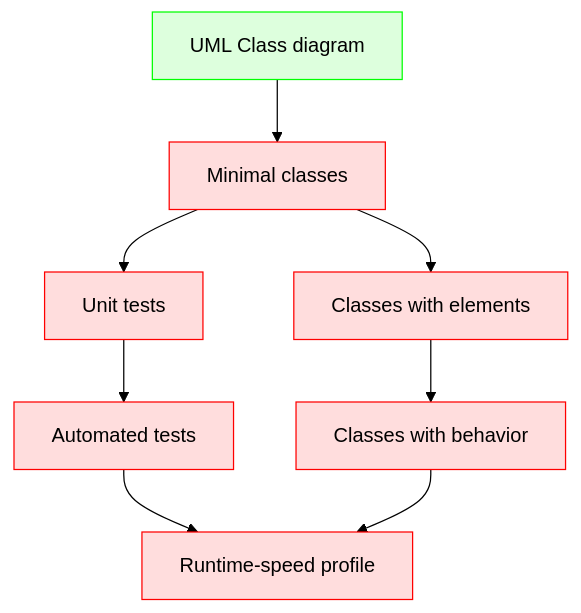
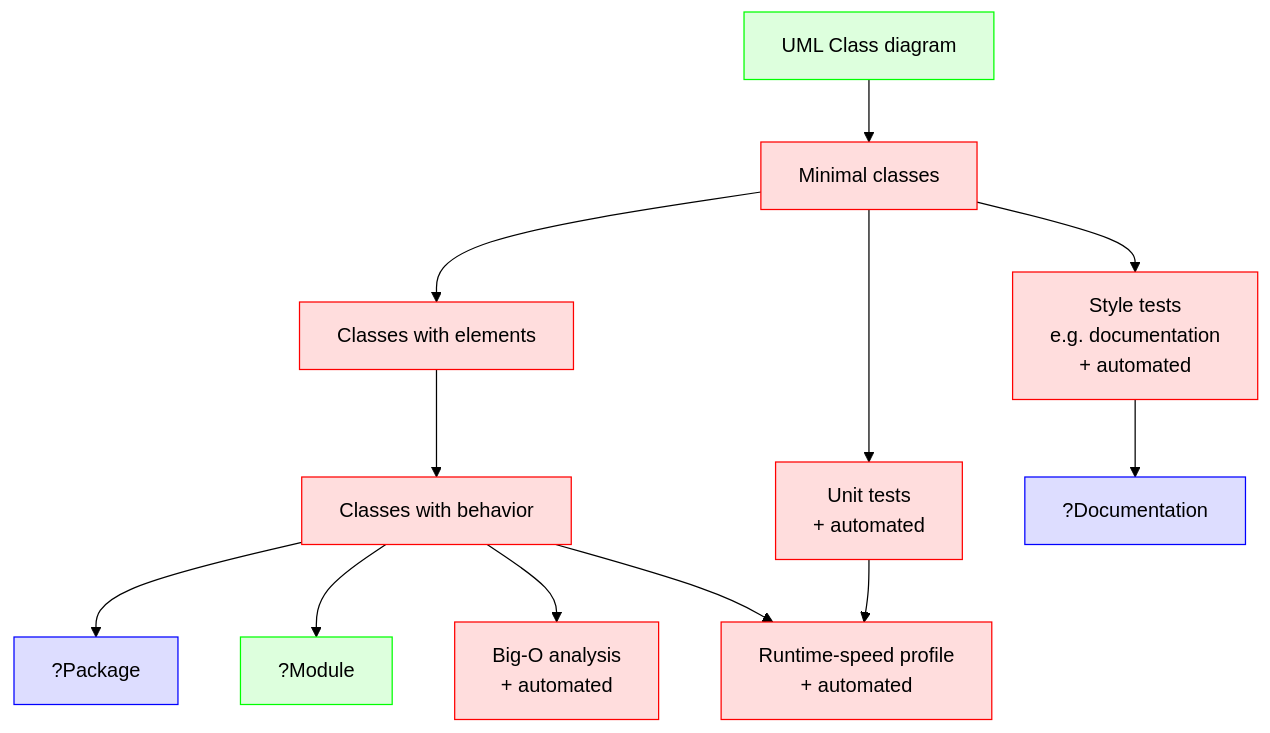
The third of 3 diagrams in docs/intro.md (UPPMAX/programming_formalisms), drawn with Mermaid (forest theme) before and after one commit.

Commit message:
Project overview, suggest to others

````diff
--- a/docs/intro.md
+++ b/docs/intro.md
@@ -205,22 +205,30 @@
 ```mermaid
 flowchart TB
   classDef bjorn_node fill:#ddf,color:#000,stroke:#00f
   classDef lars_node fill:#dfd,color:#000,stroke:#0f0
   classDef richel_node fill:#fdd,color:#000,stroke:#f00
 
   uml_class_diagram[UML Class diagram]:::lars_node
   minimal_classes[Minimal classes]:::richel_node
-  unit_tests[Unit tests]:::richel_node
-  automated_tests[Automated tests]:::richel_node
+  unit_tests[Unit tests\n+ automated]:::richel_node
+  style_tests[Style tests\ne.g. documentation\n+ automated]:::richel_node
   classes_with_elements[Classes with elements]:::richel_node
   classes_with_behavior[Classes with behavior]:::richel_node
-  runtime_speed_profile[Runtime-speed profile]:::richel_node
+  runtime_speed_profile[Runtime-speed profile\n+ automated]:::richel_node
+  big_o[Big-O analysis\n+ automated]:::richel_node
+  package[?Package]:::bjorn_node
+  module[?Module]:::lars_node
+  documentation[?Documentation]:::bjorn_node
 
   uml_class_diagram --> minimal_classes
   minimal_classes --> classes_with_elements
   minimal_classes --> unit_tests
+  minimal_classes --> style_tests
   classes_with_elements --> classes_with_behavior
-  unit_tests --> automated_tests
-  automated_tests --> runtime_speed_profile
+  classes_with_behavior --> package
+  classes_with_behavior --> module
+  classes_with_behavior --> big_o
+  style_tests --> documentation
+  unit_tests --> runtime_speed_profile
   classes_with_behavior --> runtime_speed_profile
 ```
````
